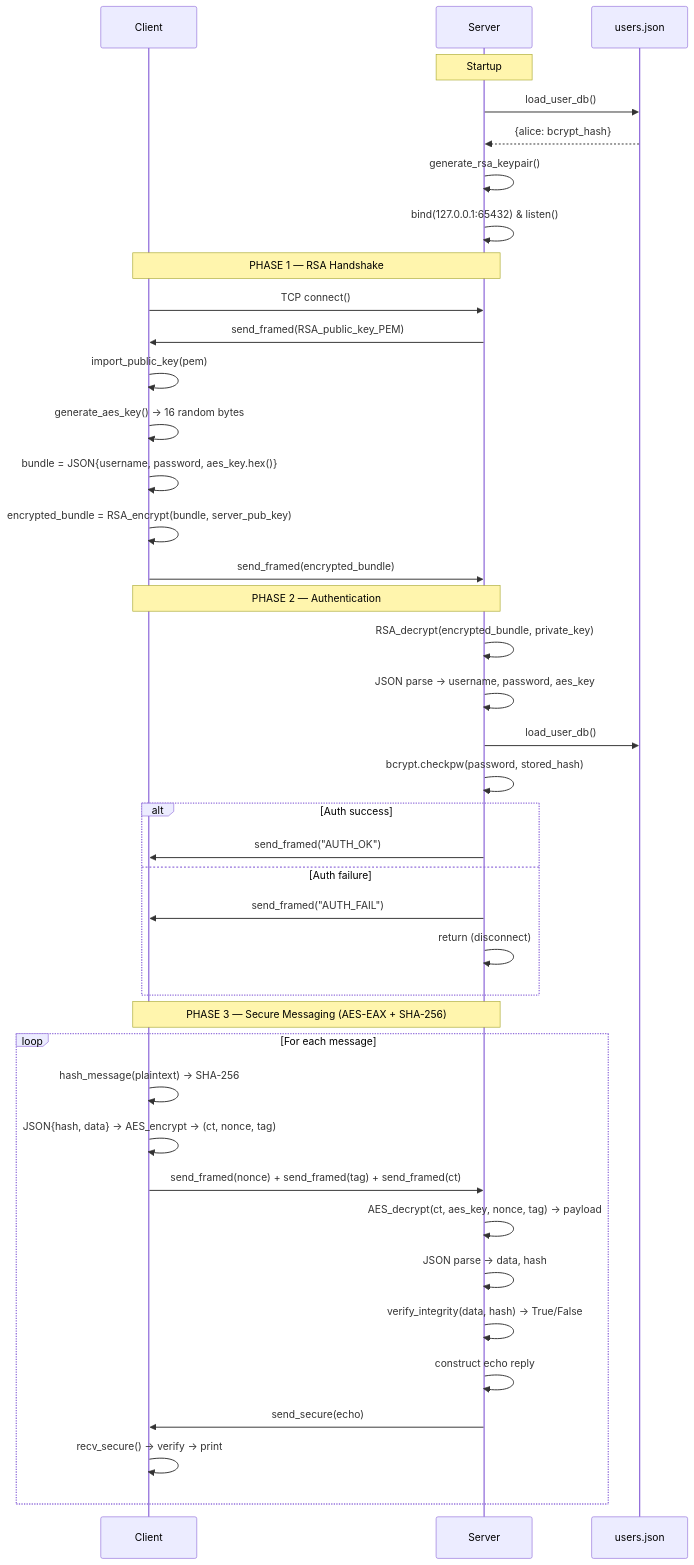
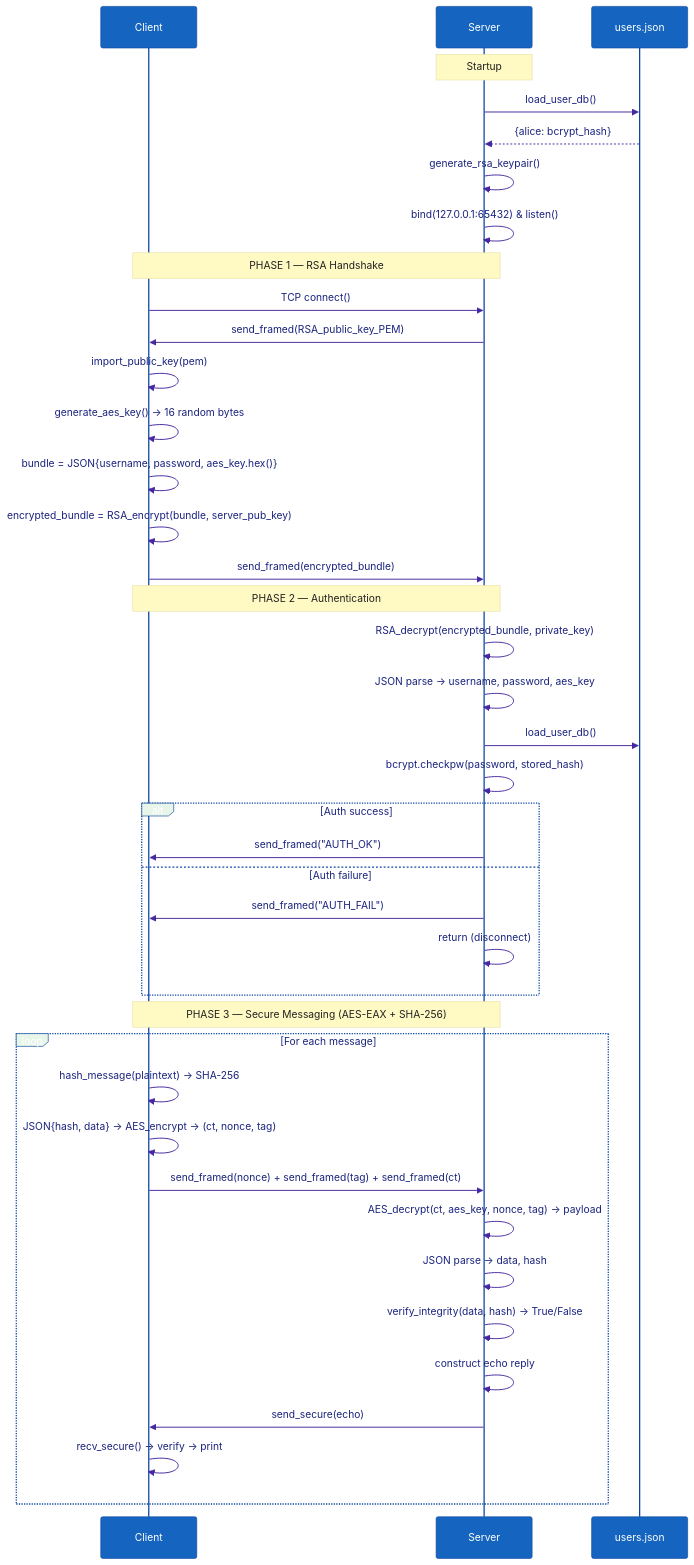
One commit to HeshamAfandi/Secure-Communication-System changed the third of 14 diagrams in PROJECT_DOCUMENTATION.md. Above: the diagram before and after it, drawn with Mermaid. The commit also changed other lines of this file, not shown here.

Commit message:
made the diagrams colored

````diff
--- a/PROJECT_DOCUMENTATION.md
+++ b/PROJECT_DOCUMENTATION.md
@@ -206,46 +219,47 @@
 ```mermaid
+%%{init: {'theme': 'base', 'themeVariables': {'actorBkg': '#1565C0', 'actorTextColor': '#FFFFFF', 'actorBorder': '#0D47A1', 'noteBkgColor': '#FFF9C4', 'noteTextColor': '#212121', 'activationBkgColor': '#E8EAF6', 'loopTextColor': '#1A237E', 'labelBoxBkgColor': '#E8F5E9', 'signalColor': '#4527A0', 'signalTextColor': '#1A237E'}}}%%
 sequenceDiagram
     participant C as Client
     participant S as Server
     participant DB as users.json
 
     Note over S: Startup
     S->>DB: load_user_db()
     DB-->>S: {alice: bcrypt_hash}
     S->>S: generate_rsa_keypair()
     S->>S: bind(127.0.0.1:65432) & listen()
 
     Note over C,S: PHASE 1 — RSA Handshake
     C->>S: TCP connect()
     S->>C: send_framed(RSA_public_key_PEM)
     C->>C: import_public_key(pem)
     C->>C: generate_aes_key() → 16 random bytes
     C->>C: bundle = JSON{username, password, aes_key.hex()}
     C->>C: encrypted_bundle = RSA_encrypt(bundle, server_pub_key)
     C->>S: send_framed(encrypted_bundle)
 
     Note over C,S: PHASE 2 — Authentication
     S->>S: RSA_decrypt(encrypted_bundle, private_key)
     S->>S: JSON parse → username, password, aes_key
     S->>DB: load_user_db()
     S->>S: bcrypt.checkpw(password, stored_hash)
     alt Auth success
         S->>C: send_framed("AUTH_OK")
     else Auth failure
         S->>C: send_framed("AUTH_FAIL")
         S->>S: return (disconnect)
     end
 
     Note over C,S: PHASE 3 — Secure Messaging (AES-EAX + SHA-256)
     loop For each message
         C->>C: hash_message(plaintext) → SHA-256
         C->>C: JSON{hash, data} → AES_encrypt → (ct, nonce, tag)
         C->>S: send_framed(nonce) + send_framed(tag) + send_framed(ct)
         S->>S: AES_decrypt(ct, aes_key, nonce, tag) → payload
         S->>S: JSON parse → data, hash
         S->>S: verify_integrity(data, hash) → True/False
         S->>S: construct echo reply
         S->>C: send_secure(echo)
         C->>C: recv_secure() → verify → print
     end
 ```
````
